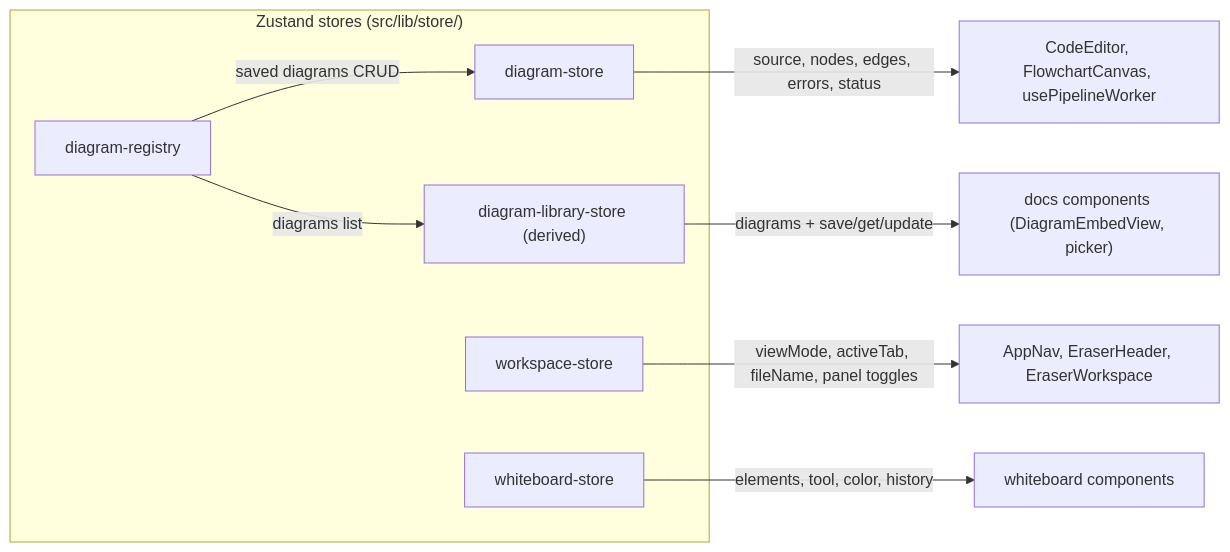
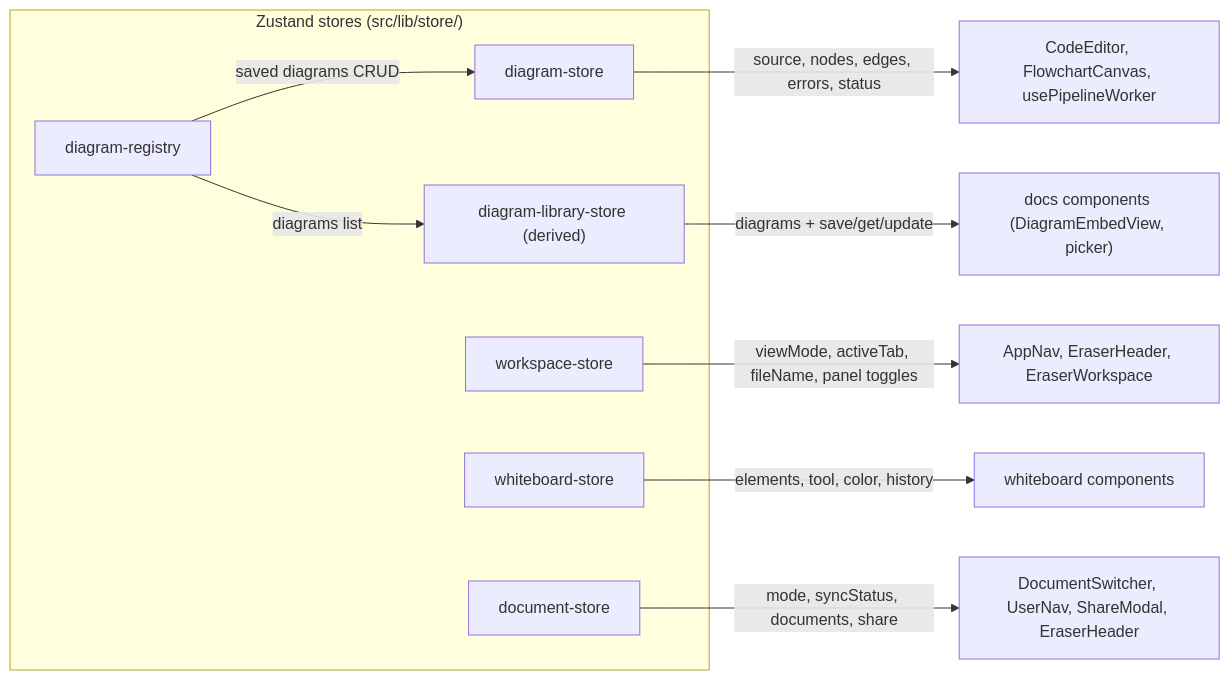
One commit to BhupendraLute/eraserio-clone changed the diagram in Documentation/06-state-management.md. Above: the diagram before and after it, drawn with Mermaid. The commit also changed other lines of this file and 45 other files, not shown here.

````diff
--- a/Documentation/06-state-management.md
+++ b/Documentation/06-state-management.md
@@ -31,17 +31,19 @@
 ```mermaid
 flowchart LR
     subgraph Stores["Zustand stores (src/lib/store/)"]
         WS["workspace-store"]
         DS["diagram-store"]
         REG["diagram-registry"]
         LIB["diagram-library-store (derived)"]
         WBS["whiteboard-store"]
+        DOC["document-store"]
     end
 
     WS -->|"viewMode, activeTab, fileName, panel toggles"| SHELL["AppNav, EraserHeader, EraserWorkspace"]
     DS -->|"source, nodes, edges, errors, status"| EDITOR["CodeEditor, FlowchartCanvas, usePipelineWorker"]
     REG -->|"saved diagrams CRUD"| DS
     REG -->|"diagrams list"| LIB
     LIB -->|"diagrams + save/get/update"| DOCS["docs components (DiagramEmbedView, picker)"]
     WBS -->|"elements, tool, color, history"| WBC["whiteboard components"]
+    DOC -->|"mode, syncStatus, documents, share"| AUTH["DocumentSwitcher, UserNav, ShareModal, EraserHeader"]
 ```
````
